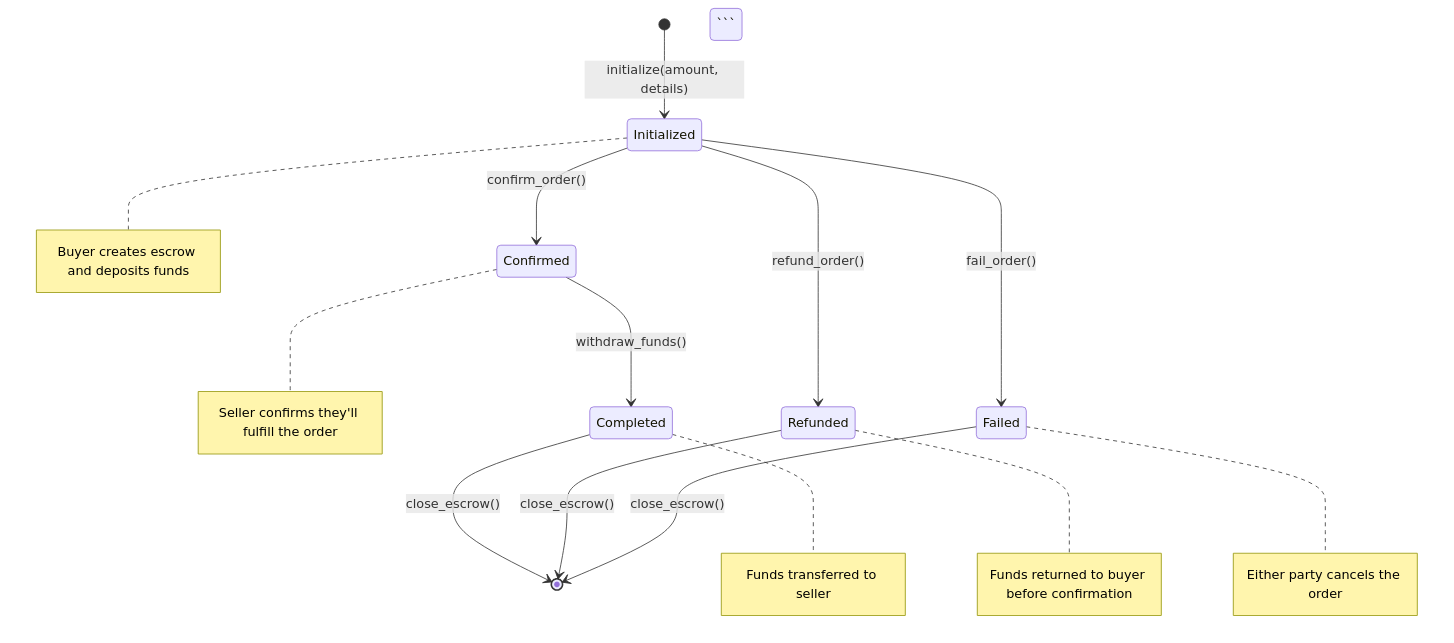
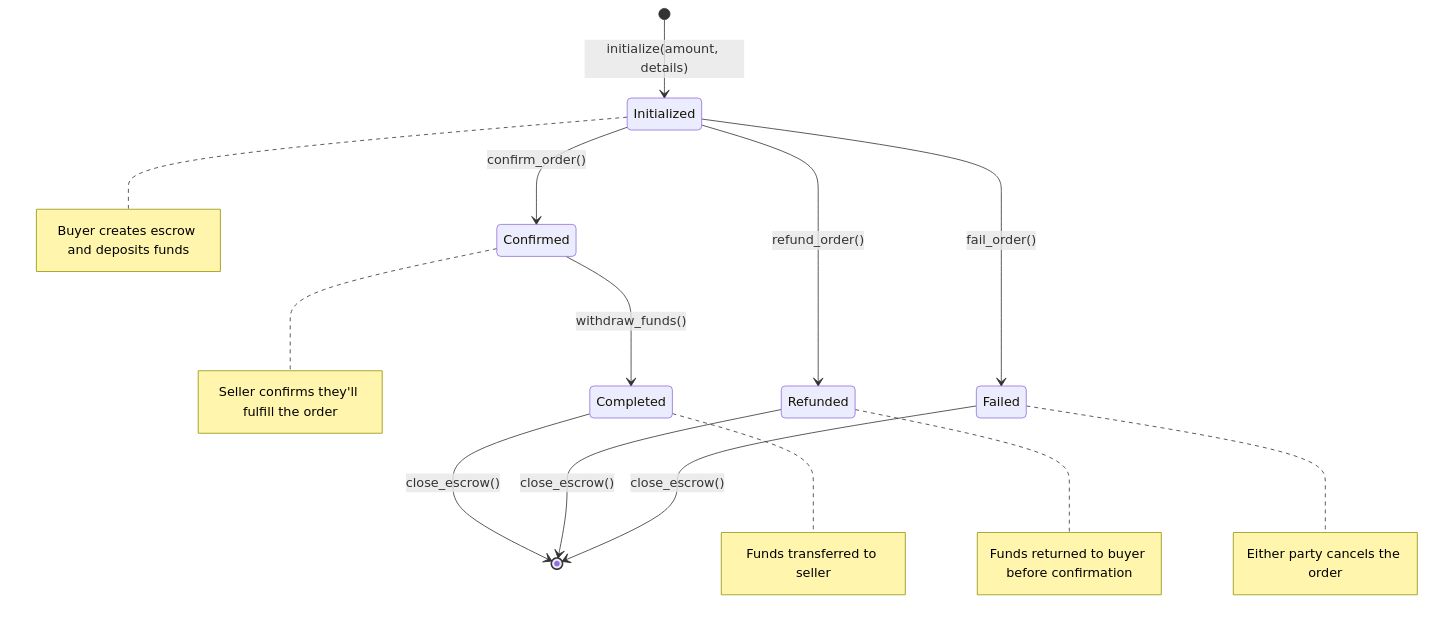
Before and after one commit to tanitrack/agrichain: the diagram in ESCROW_PROGRAM.md, drawn with Mermaid. The commit also changed other lines of this file, not shown here.

Commit message:
docs: Update overview section for clarity ✏️

`````diff
--- a/ESCROW_PROGRAM.md
+++ b/ESCROW_PROGRAM.md
@@ -5,32 +7,31 @@
-````mermaid
+```mermaid
 stateDiagram-v2
     [*] --> Initialized: initialize(amount, details)
     Initialized --> Confirmed: confirm_order()
     Initialized --> Refunded: refund_order()
     Initialized --> Failed: fail_order()
     Confirmed --> Completed: withdraw_funds()
     Completed --> [*]: close_escrow()
     Refunded --> [*]: close_escrow()
     Failed --> [*]: close_escrow()
 
     note right of Initialized
       Buyer creates escrow and deposits funds
     end note
 
     note right of Confirmed
       Seller confirms they'll fulfill the order
     end note
 
     note right of Completed
       Funds transferred to seller
     end note
 
     note right of Refunded
       Funds returned to buyer before confirmation
     end note
 
     note right of Failed
       Either party cancels the order
     end note
-    ```
-````
+```
`````
